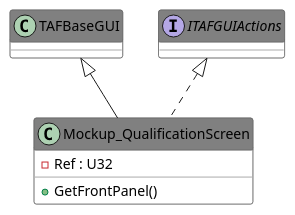
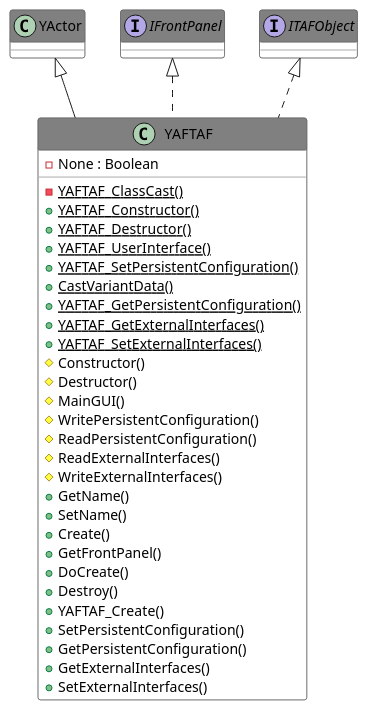
The diagram in Source/Antidoc-Output/Includes/041.adoc (PatriekBruins/TriekselsoftApplicationFramework), drawn with PlantUML before and after one commit. The commit also changed other lines of this file and 692 other files, not shown here.

```diff
--- a/Source/Antidoc-Output/Includes/041.adoc
+++ b/Source/Antidoc-Output/Includes/041.adoc
@@ -8,24 +8,52 @@
 [plantuml, format="svg", align="center"]
 ....
 @startuml
 set namespaceSeparator :
 skinparam ClassBackgroundColor #FFFFFF
 skinparam ClassBorderColor #555555
 skinparam ClassFontColor #000000
 skinparam ClassHeaderBackgroundColor #808080
 
 skinparam top to bottom direction
-class "Mockup_QualificationScreen" {
-{field} -Ref : U32
+class "YAFTAF" {
+{field} -None : Boolean
+{static} {method} -YAFTAF_ClassCast()
+{static} {method} +YAFTAF_Constructor()
+{static} {method} +YAFTAF_Destructor()
+{static} {method} +YAFTAF_UserInterface()
+{static} {method} +YAFTAF_SetPersistentConfiguration()
+{static} {method} +CastVariantData()
+{static} {method} +YAFTAF_GetPersistentConfiguration()
+{static} {method} +YAFTAF_GetExternalInterfaces()
+{static} {method} +YAFTAF_SetExternalInterfaces()
+{method} #Constructor()
+{method} #Destructor()
+{method} #MainGUI()
+{method} #WritePersistentConfiguration()
+{method} #ReadPersistentConfiguration()
+{method} #ReadExternalInterfaces()
+{method} #WriteExternalInterfaces()
+{method} +GetName()
+{method} +SetName()
+{method} +Create()
 {method} +GetFrontPanel()
+{method} +DoCreate()
+{method} +Destroy()
+{method} +YAFTAF_Create()
+{method} +SetPersistentConfiguration()
+{method} +GetPersistentConfiguration()
+{method} +GetExternalInterfaces()
+{method} +SetExternalInterfaces()
 
 }
-"TAFBaseGUI" <|-- "Mockup_QualificationScreen"
-"ITAFGUIActions" <|.. "Mockup_QualificationScreen"
-interface "ITAFGUIActions" {}
+"YActor" <|-- "YAFTAF"
+"IFrontPanel" <|.. "YAFTAF"
+interface "IFrontPanel" {}
+"ITAFObject" <|.. "YAFTAF"
+interface "ITAFObject" {}
 
 
 
 
 @enduml
 ....
```
